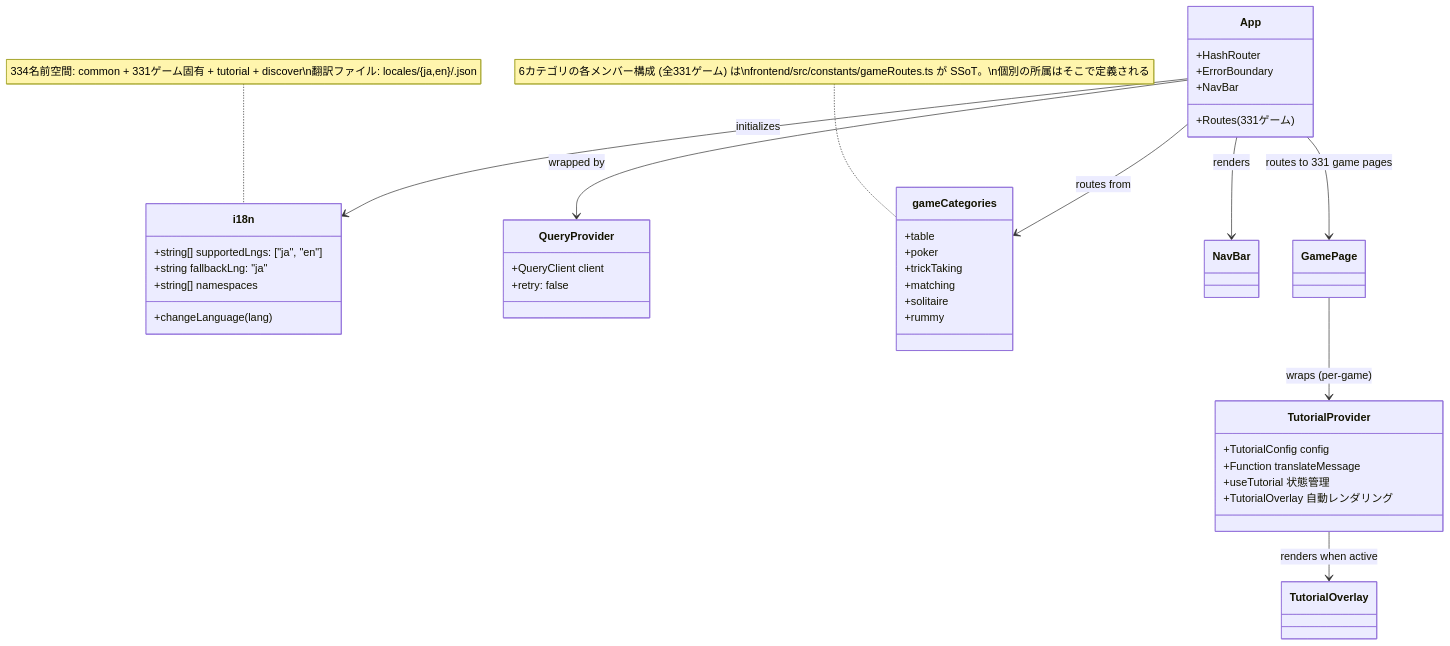
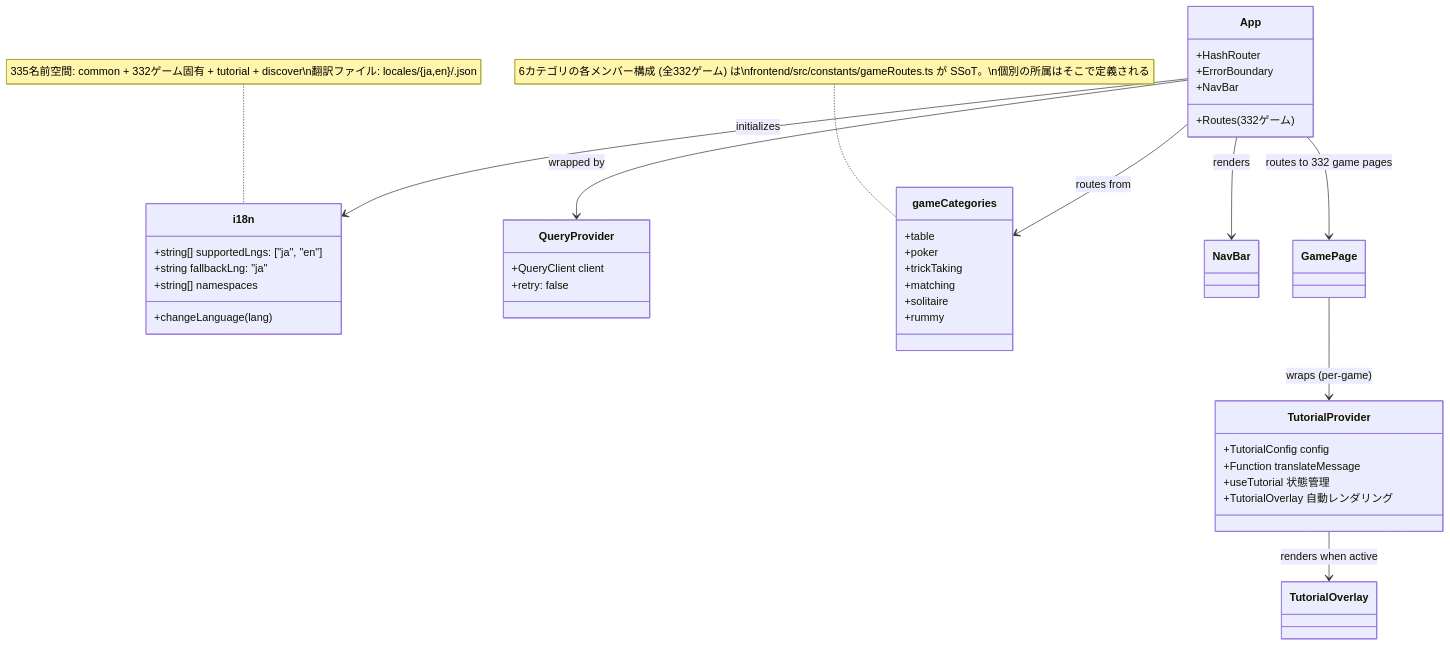
One commit to yuta-yoshinaga/go_trumpcards changed the ninth of 49 diagrams in docs/design/frontend.md. Above: the diagram before and after it, drawn with Mermaid. The commit also changed other lines of this file and 63 other files, not shown here.

````diff
--- a/docs/design/frontend.md
+++ b/docs/design/frontend.md
@@ -1874,48 +1874,48 @@
 ```mermaid
 classDiagram
     class i18n {
         +string[] supportedLngs: ["ja", "en"]
         +string fallbackLng: "ja"
         +string[] namespaces
         +changeLanguage(lang)
     }
 
     class QueryProvider {
         +QueryClient client
         +retry: false
     }
 
     class App {
         +HashRouter
         +ErrorBoundary
         +NavBar
-        +Routes (331ゲーム)
+        +Routes (332ゲーム)
     }
 
     class gameCategories {
         +table
         +poker
         +trickTaking
         +matching
         +solitaire
         +rummy
     }
-    note for gameCategories "6カテゴリの各メンバー構成 (全331ゲーム) は\nfrontend/src/constants/gameRoutes.ts が SSoT。\n個別の所属はそこで定義される"
+    note for gameCategories "6カテゴリの各メンバー構成 (全332ゲーム) は\nfrontend/src/constants/gameRoutes.ts が SSoT。\n個別の所属はそこで定義される"
 
     class TutorialProvider {
         +TutorialConfig config
         +Function translateMessage
         +useTutorial 状態管理
         +TutorialOverlay 自動レンダリング
     }
 
     App --> QueryProvider : wrapped by
     App --> i18n : initializes
     App --> gameCategories : routes from
     App --> NavBar : renders
-    App --> GamePage : routes to 331 game pages
+    App --> GamePage : routes to 332 game pages
     GamePage --> TutorialProvider : wraps (per-game)
     TutorialProvider --> TutorialOverlay : renders when active
 
-    note for i18n "334名前空間: common + 331ゲーム固有 + tutorial + discover\n翻訳ファイル: locales/{ja,en}/<game>.json"
+    note for i18n "335名前空間: common + 332ゲーム固有 + tutorial + discover\n翻訳ファイル: locales/{ja,en}/<game>.json"
 ```
````
